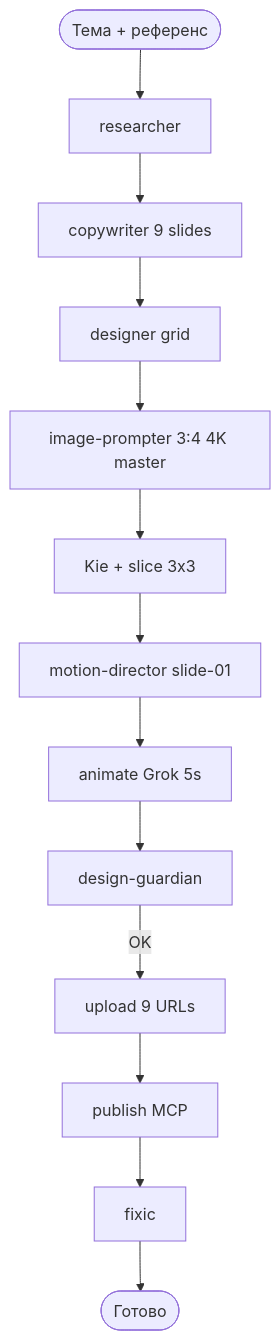
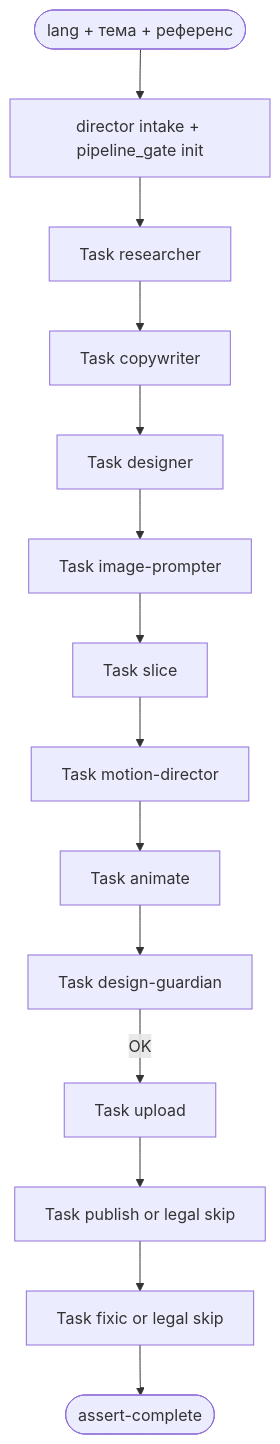
The diagram in AGENT-PIPELINE.md (xvolodyax/Karuselka), drawn with Mermaid before and after one commit. The commit also changed other lines of this file and 42 other files, not shown here.

````diff
--- a/AGENT-PIPELINE.md
+++ b/AGENT-PIPELINE.md
@@ -3,15 +3,16 @@
 ```mermaid
 flowchart TD
-    Start([Тема + референс]) --> Res[researcher]
-    Res --> Copy[copywriter 9 slides]
-    Copy --> Design[designer grid]
-    Design --> Prompt[image-prompter 3:4 4K master]
-    Prompt --> Slice[Kie + slice 3x3]
-    Slice --> Motion[motion-director slide-01]
-    Motion --> Anim[animate Grok 5s]
-    Anim --> QA[design-guardian]
-    QA -->|OK| Upload[upload 9 URLs]
-    Upload --> Pub[publish MCP]
-    Pub --> Fixic[fixic]
-    Fixic --> Done([Готово])
+    Start([lang + тема + референс]) --> Dir[director intake + pipeline_gate init]
+    Dir --> Res[Task researcher]
+    Res --> Copy[Task copywriter]
+    Copy --> Design[Task designer]
+    Design --> Prompt[Task image-prompter]
+    Prompt --> Slice[Task slice]
+    Slice --> Motion[Task motion-director]
+    Motion --> Anim[Task animate]
+    Anim --> QA[Task design-guardian]
+    QA -->|OK| Upload[Task upload]
+    Upload --> Pub[Task publish or legal skip]
+    Pub --> Fixic[Task fixic or legal skip]
+    Fixic --> Done([assert-complete])
 ```
````
